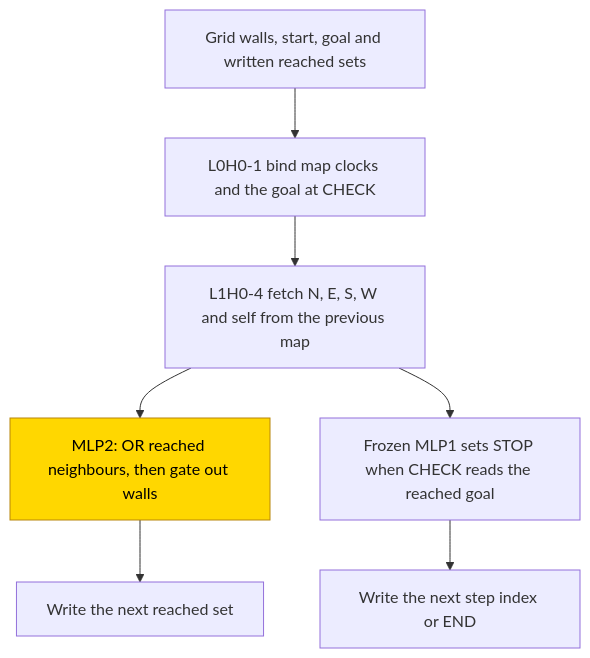
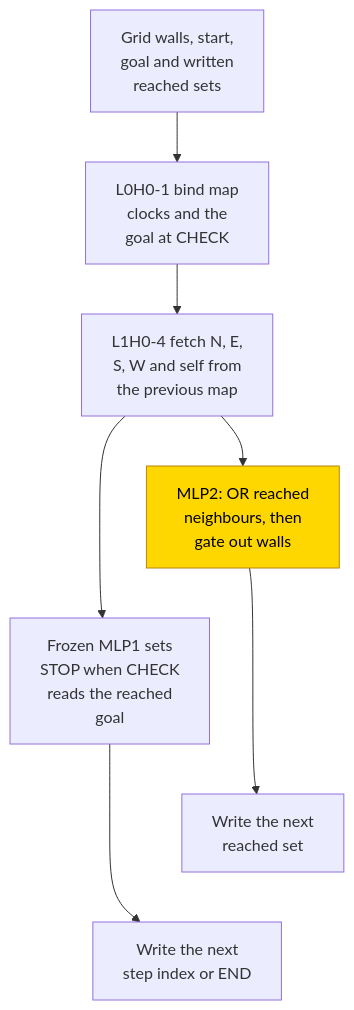
The first of 2 diagrams in entries/grid-bfs.md (jc1122/mechanistic-interpretability-circuit-atlas), drawn with Mermaid before and after one commit. The commit also changed 39 other files, not shown here.

````diff
--- a/entries/grid-bfs.md
+++ b/entries/grid-bfs.md
@@ -102,13 +102,17 @@
 ```mermaid
 flowchart TD
     accTitle: Hand-built reached-set expansion and stopping route
     accDescr: Frozen map clocks and goal binding feed neighbourhood fetch heads. The sole trained PART MLP gates the reached-neighbour OR by walls, while a frozen goal check chooses the next index or END. The local rule is partial at the full-seed scope because complement and path tests cover only the named subset.
-    P["Grid walls, start, goal and written reached sets"] --> R["L0H0-1 bind map clocks and the goal at CHECK"]
-    R --> W["L1H0-4 fetch N, E, S, W and self from the previous map"]
-    W --> M["MLP2: OR reached neighbours, then gate out walls"]
-    W --> D["Frozen MLP1 sets STOP when CHECK reads the reached goal"]
-    M --> N["Write the next reached set"]
-    D --> O["Write the next step index or END"]
+    P["Grid walls, start,<br/>goal and written<br/>reached sets"] --> R["L0H0-1 bind map<br/>clocks and the<br/>goal at CHECK"]
+    R --> W["L1H0-4 fetch N, E,<br/>S, W and self from<br/>the previous map"]
+    W --> M["MLP2: OR reached<br/>neighbours, then<br/>gate out walls"]
+    W --> D["Frozen MLP1 sets<br/>STOP when CHECK<br/>reads the reached<br/>goal"]
+    M --> N["Write the next<br/>reached set"]
+    D --> O["Write the next<br/>step index or END"]
     classDef trained fill:gold,stroke:darkgoldenrod,color:black
     class M trained
+    %% Invisible links constrain vertical layout only, not computation.
+    M ~~~ D
+    D ~~~ N
+    N ~~~ O
 ```
````
